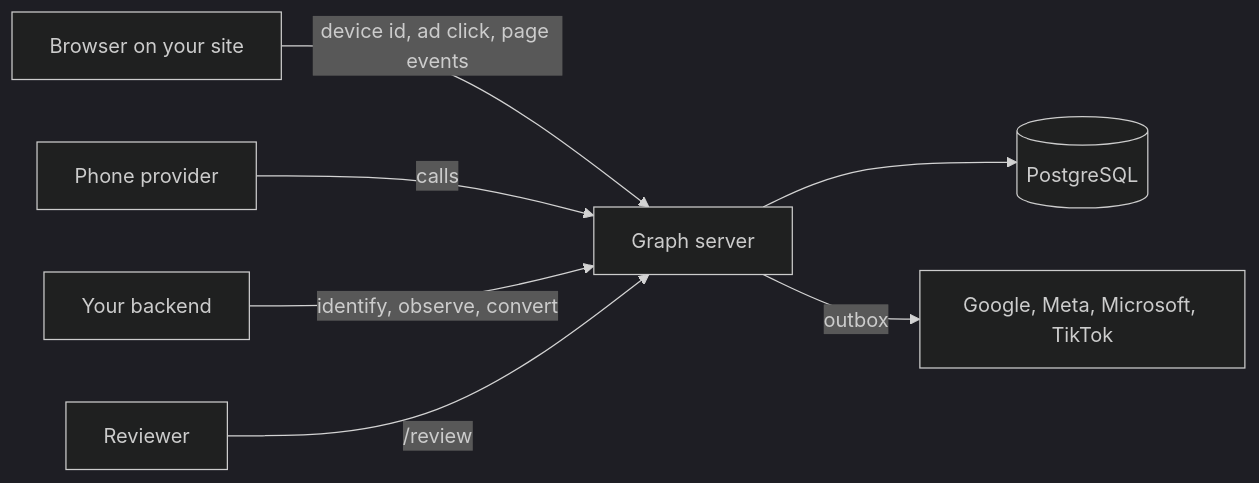
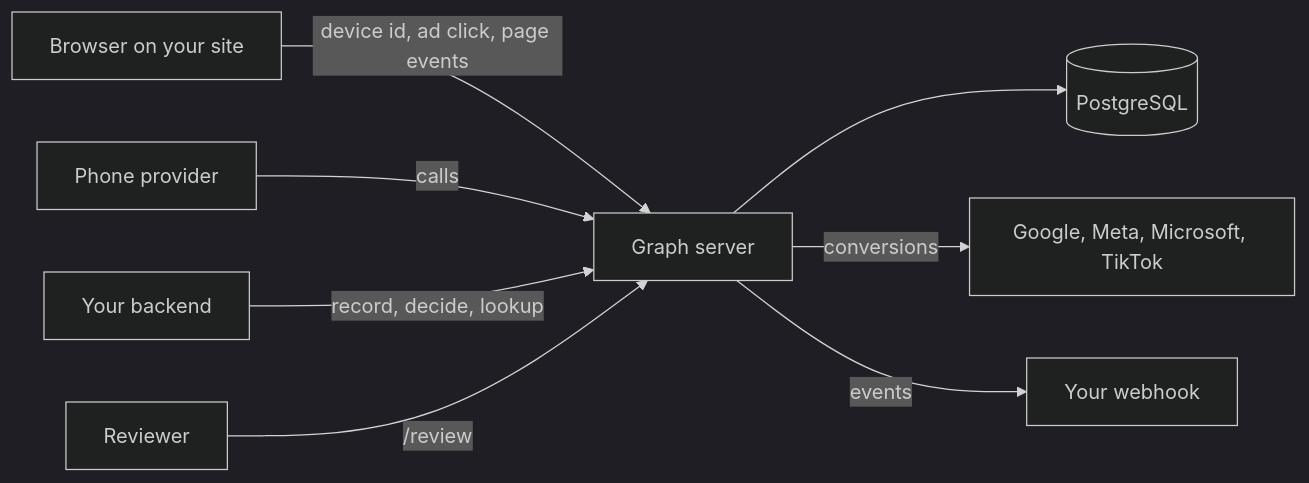
One commit to pwngh/account-graph changed the diagram in README.md. Above: the diagram before and after it, drawn with Mermaid (dark theme). The commit also changed other lines of this file and 15 other files, not shown here.

````diff
--- a/README.md
+++ b/README.md
@@ -112,9 +112,10 @@
 ```mermaid
 flowchart LR
   B[Browser on your site] -- "device id, ad click, page events" --> S[Graph server]
   T[Phone provider] -- "calls" --> S
-  A[Your backend] -- "identify, observe, convert" --> S
+  A[Your backend] -- "record, decide, lookup" --> S
   R[Reviewer] -- "/review" --> S
   S --> G[(PostgreSQL)]
-  S -- "outbox" --> P[Google, Meta, Microsoft, TikTok]
+  S -- "conversions" --> P[Google, Meta, Microsoft, TikTok]
+  S -- "events" --> W[Your webhook]
 ```
````
